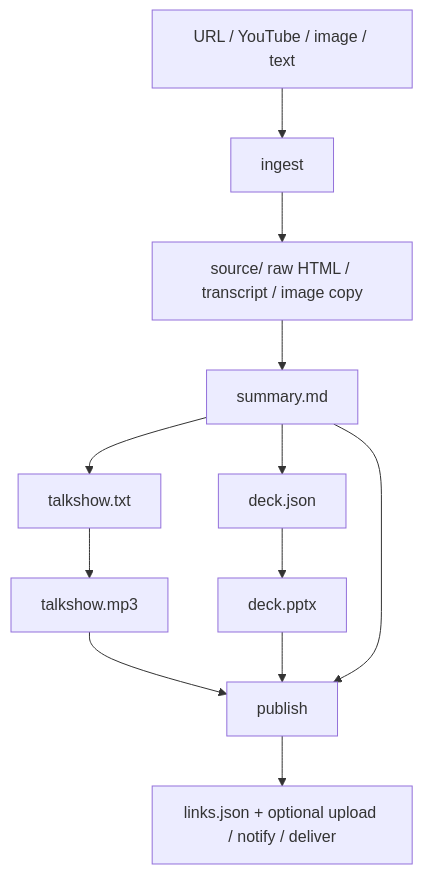
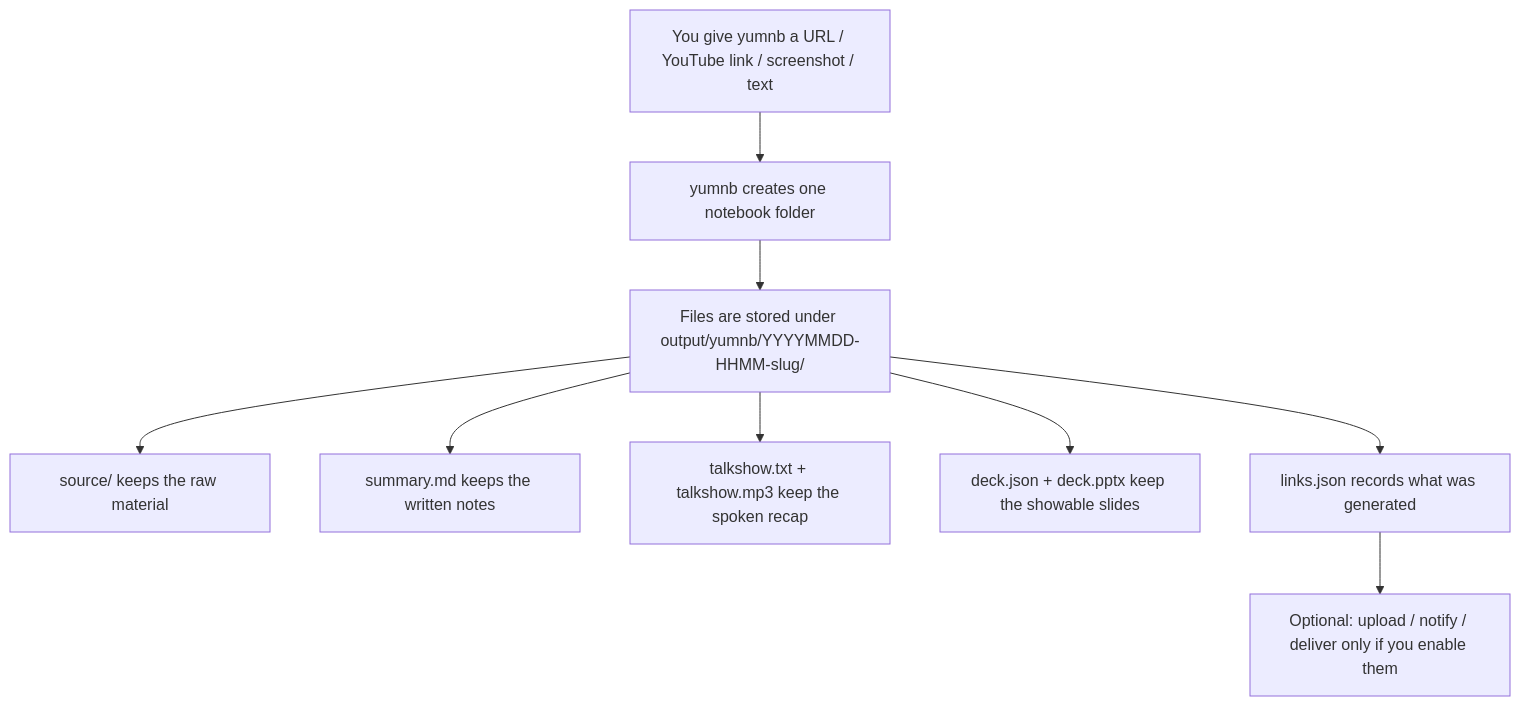
One commit to yumyumtum/yumnb changed the diagram in README.md. Above: the diagram before and after it, drawn with Mermaid. The commit also changed other lines of this file, not shown here.

Commit message:
Refocus yumnb README on user flow and local-first handling

````diff
--- a/README.md
+++ b/README.md
@@ -11,14 +11,11 @@
 ```mermaid
 flowchart TD
-    A[URL / YouTube / image / text] --> B[ingest]
-    B --> C[source/ raw HTML / transcript / image copy]
-    C --> D[summary.md]
-    D --> E[talkshow.txt]
-    E --> F[talkshow.mp3]
-    D --> G[deck.json]
-    G --> H[deck.pptx]
-    F --> I[publish]
-    H --> I
-    D --> I
-    I --> J[links.json + optional upload / notify / deliver]
+    A[You give yumnb a URL / YouTube link / screenshot / text] --> B[yumnb creates one notebook folder]
+    B --> C[Files are stored under output/yumnb/YYYYMMDD-HHMM-slug/]
+    C --> D[source/ keeps the raw material]
+    C --> E[summary.md keeps the written notes]
+    C --> F[talkshow.txt + talkshow.mp3 keep the spoken recap]
+    C --> G[deck.json + deck.pptx keep the showable slides]
+    C --> H[links.json records what was generated]
+    H --> I[Optional: upload / notify / deliver only if you enable them]
 ```
````
